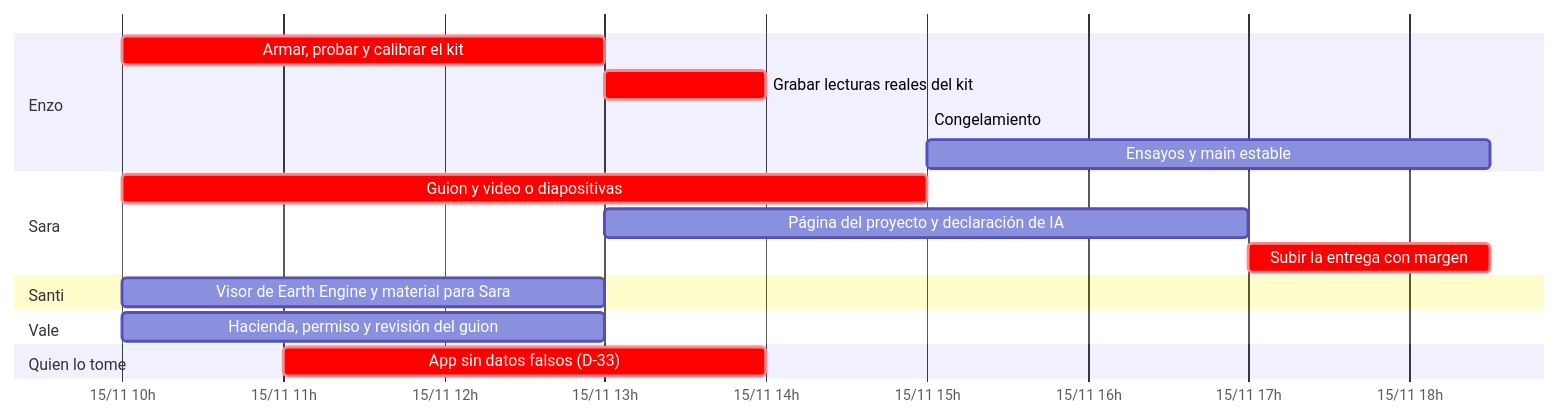
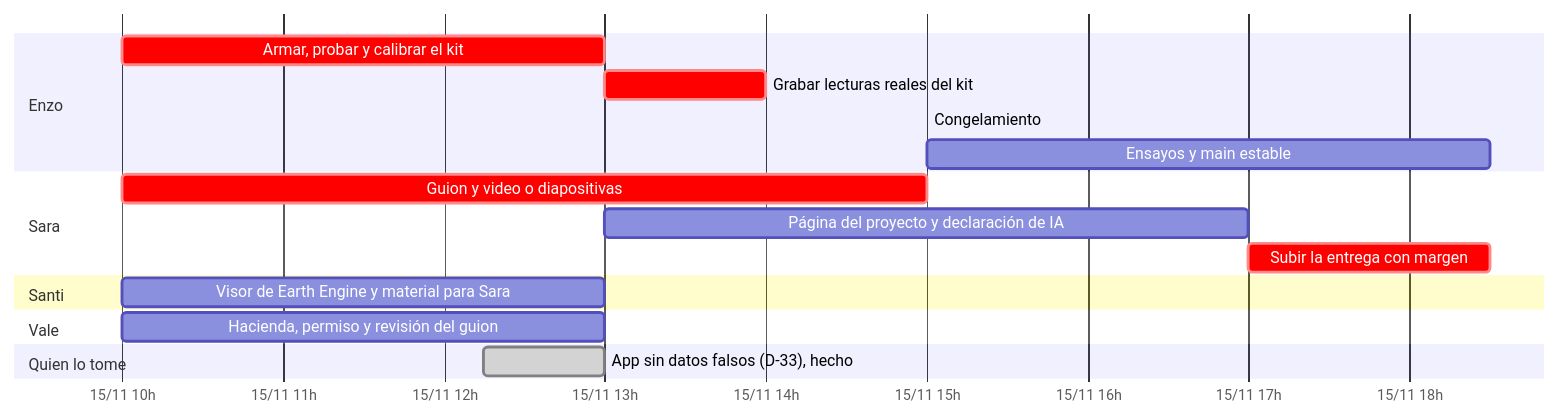
Before and after one commit to enzopazzelli/BioSat: the diagram in docs/estado-del-proyecto.md, drawn with Mermaid. The commit also changed other lines of this file and 4 other files, not shown here.

````diff
--- a/docs/estado-del-proyecto.md
+++ b/docs/estado-del-proyecto.md
@@ -109,20 +110,20 @@
 ```mermaid
 gantt
     dateFormat  YYYY-MM-DD HH:mm
     axisFormat  %d/%m %Hh
     section Enzo
     Armar, probar y calibrar el kit         :crit, 2026-11-15 10:00, 2026-11-15 13:00
     Grabar lecturas reales del kit          :crit, 2026-11-15 13:00, 2026-11-15 14:00
     Congelamiento: último merge             :milestone, 2026-11-15 15:00, 0m
     Ensayos y main estable                  :2026-11-15 15:00, 2026-11-15 18:30
     section Sara
     Guion y video o diapositivas            :crit, 2026-11-15 10:00, 2026-11-15 15:00
     Página del proyecto y declaración de IA :2026-11-15 13:00, 2026-11-15 17:00
     Subir la entrega con margen             :crit, 2026-11-15 17:00, 2026-11-15 18:30
     section Santi
     Visor de Earth Engine y material para Sara :2026-11-15 10:00, 2026-11-15 13:00
     section Vale
     Hacienda, permiso y revisión del guion  :2026-11-15 10:00, 2026-11-15 13:00
     section Quien lo tome
-    App sin datos falsos (D-33)             :crit, 2026-11-15 11:00, 2026-11-15 14:00
+    App sin datos falsos (D-33), hecho      :done, 2026-11-15 12:15, 2026-11-15 13:00
 ```
````
